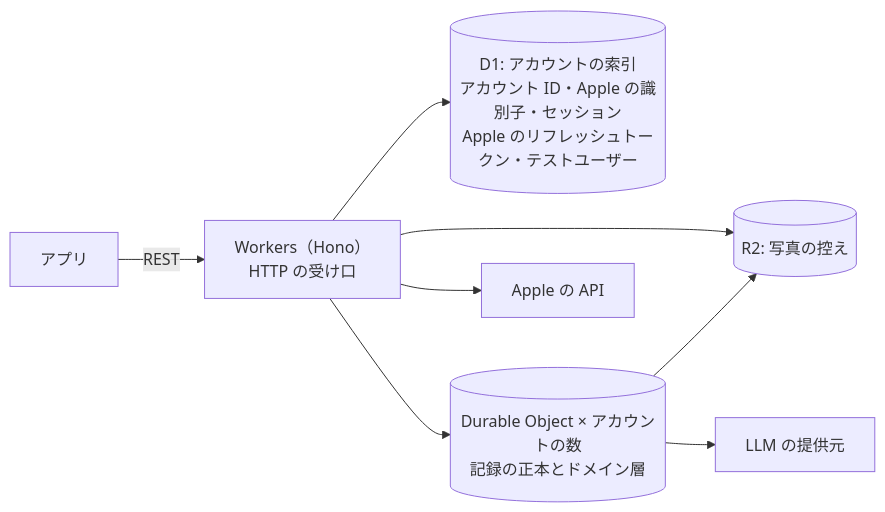
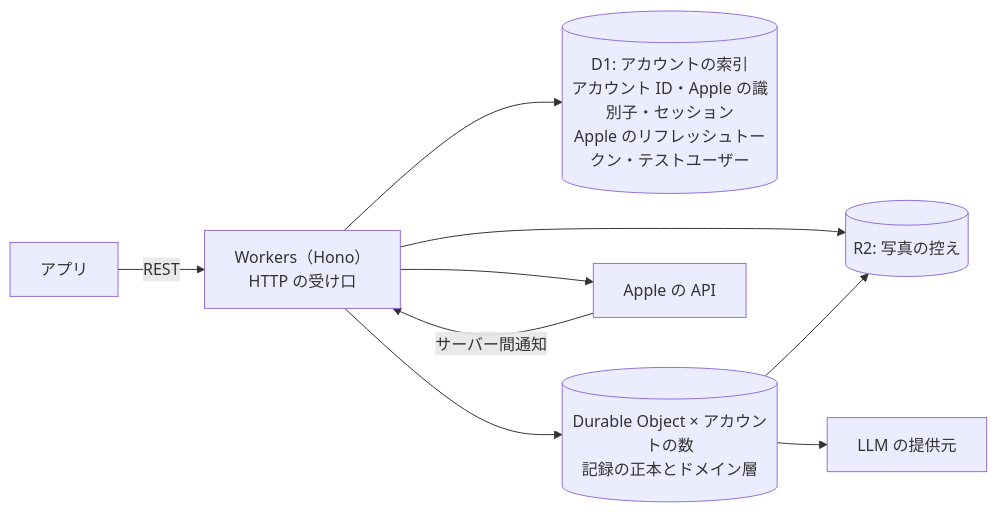
One commit to gn-t-k/nu-tori changed the first of 2 diagrams in server/AGENTS.md. Above: the diagram before and after it, drawn with Mermaid. The commit also changed other lines of this file and 2 other files, not shown here.

````diff
--- a/server/AGENTS.md
+++ b/server/AGENTS.md
@@ -7,10 +7,11 @@
 ```mermaid
 flowchart LR
   App[アプリ] -- REST --> W[Workers（Hono）<br>HTTP の受け口]
   W --> D1[(D1: アカウントの索引<br>アカウント ID・Apple の識別子・セッション<br>Apple のリフレッシュトークン・テストユーザー)]
   W --> DO[(Durable Object × アカウントの数<br>記録の正本とドメイン層)]
   W --> Apple[Apple の API]
+  Apple -- サーバー間通知 --> W
   W --> R2[(R2: 写真の控え)]
   DO --> R2
   DO --> LLM[LLM の提供元]
 ```
````
